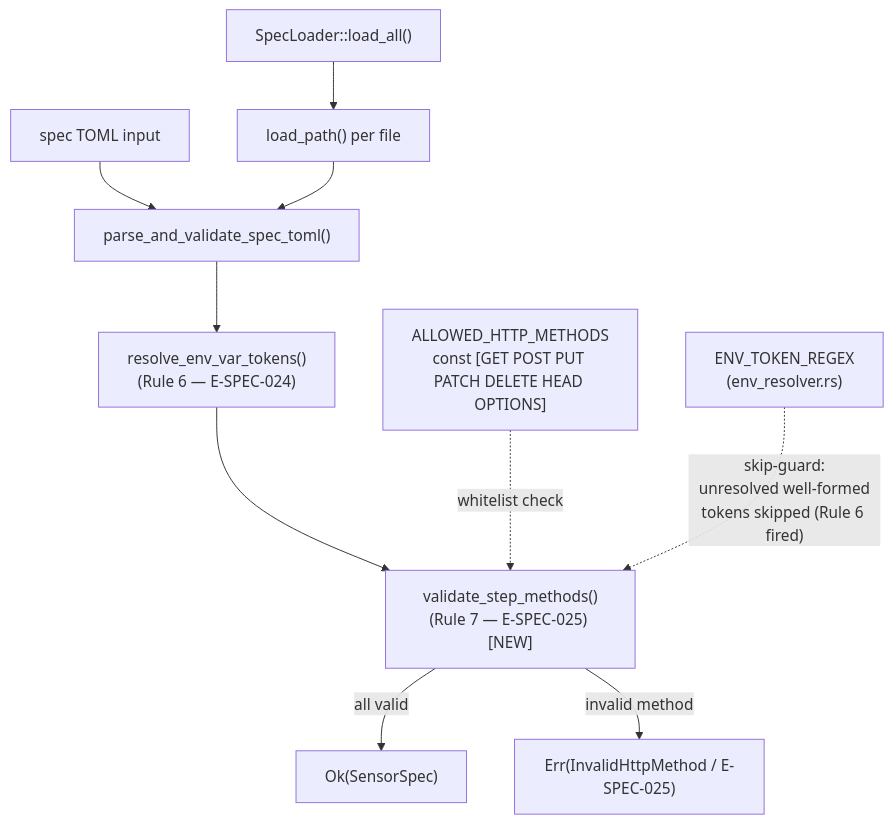
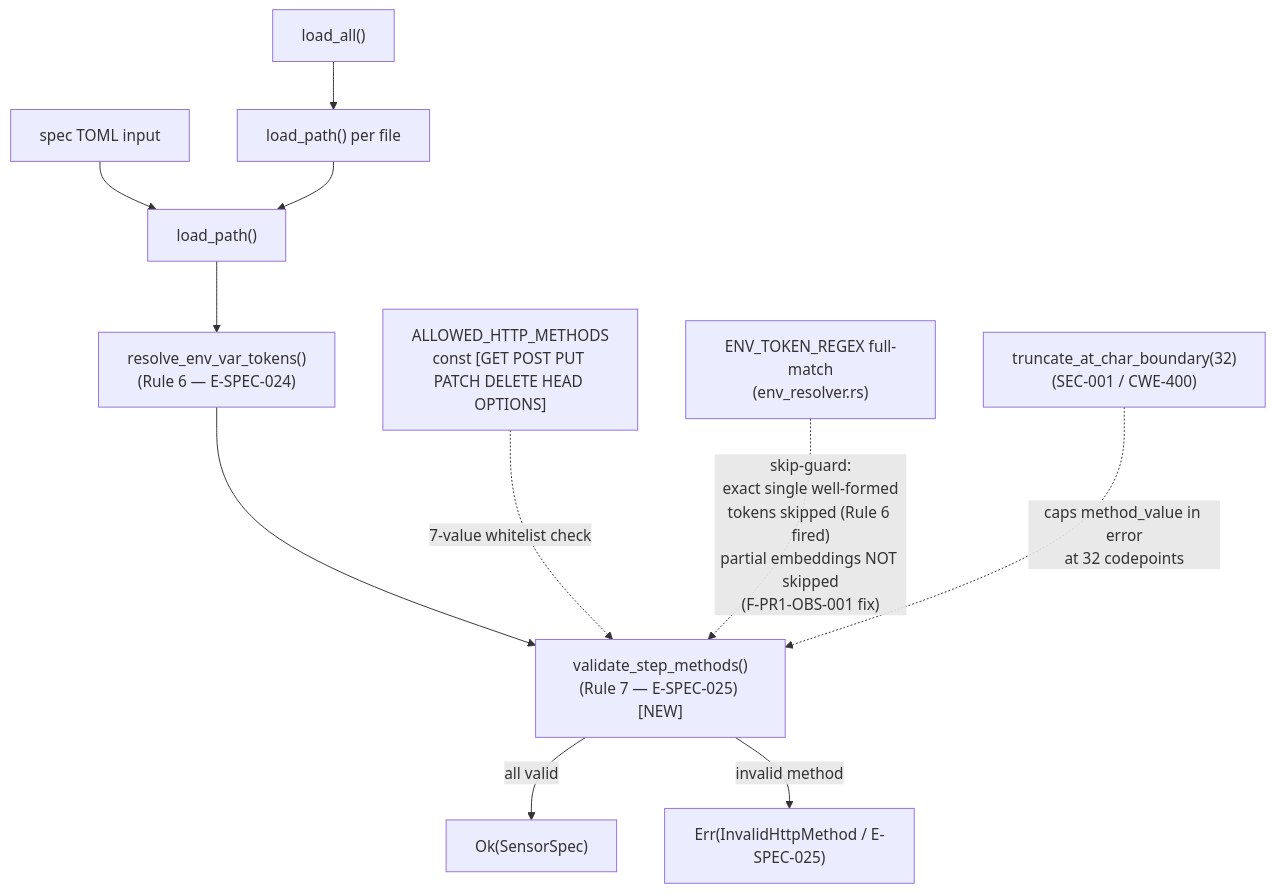
One commit to drbothen/prism changed the first of 3 diagrams in code-delivery/S-SPEC-HTTP-METHOD-VALIDATION-001/pr-description.md. Above: the diagram before and after it, drawn with Mermaid. The commit also changed other lines of this file and 1 other file, not shown here.

````diff
--- a/code-delivery/S-SPEC-HTTP-METHOD-VALIDATION-001/pr-description.md
+++ b/code-delivery/S-SPEC-HTTP-METHOD-VALIDATION-001/pr-description.md
@@ -14,15 +16,17 @@
 ```mermaid
 graph TD
-    A["spec TOML input"] --> B["parse_and_validate_spec_toml()"]
+    A["spec TOML input"] --> B["load_path()"]
     B --> C["resolve_env_var_tokens()\n(Rule 6 — E-SPEC-024)"]
     C --> D["validate_step_methods()\n(Rule 7 — E-SPEC-025) [NEW]"]
     D -->|"all valid"| E["Ok(SensorSpec)"]
     D -->|"invalid method"| F["Err(InvalidHttpMethod / E-SPEC-025)"]
 
-    G["SpecLoader::load_all()"] --> H["load_path() per file"]
+    G["load_all()"] --> H["load_path() per file"]
     H --> B
 
-    I["ALLOWED_HTTP_METHODS\nconst [GET POST PUT PATCH DELETE HEAD OPTIONS]"] -.->|"whitelist check"| D
+    I["ALLOWED_HTTP_METHODS\nconst [GET POST PUT PATCH DELETE HEAD OPTIONS]"] -.->|"7-value whitelist check"| D
 
-    J["ENV_TOKEN_REGEX\n(env_resolver.rs)"] -.->|"skip-guard:\nunresolved well-formed\ntokens skipped (Rule 6 fired)"| D
+    J["ENV_TOKEN_REGEX full-match\n(env_resolver.rs)"] -.->|"skip-guard:\nexact single well-formed\ntokens skipped (Rule 6 fired)\npartial embeddings NOT skipped\n(F-PR1-OBS-001 fix)"| D
+
+    K["truncate_at_char_boundary(32)\n(SEC-001 / CWE-400)"] -.->|"caps method_value in error\nat 32 codepoints"| D
 ```
````
